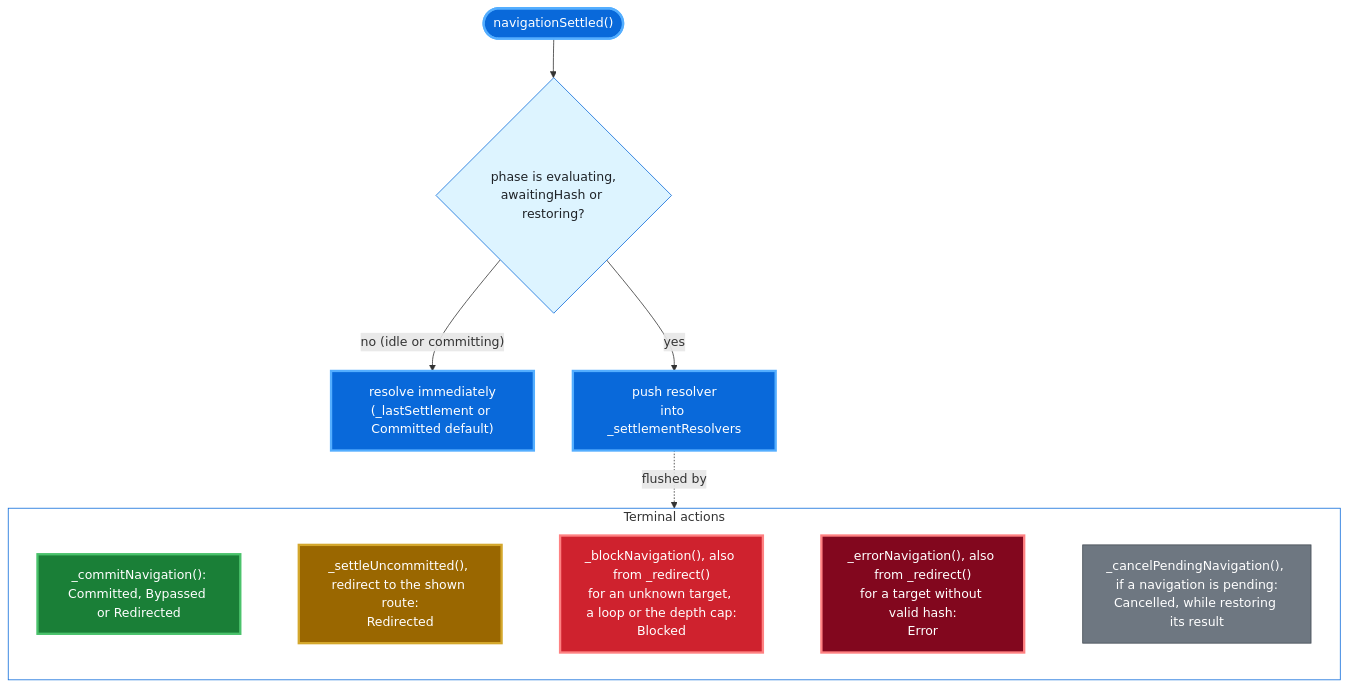
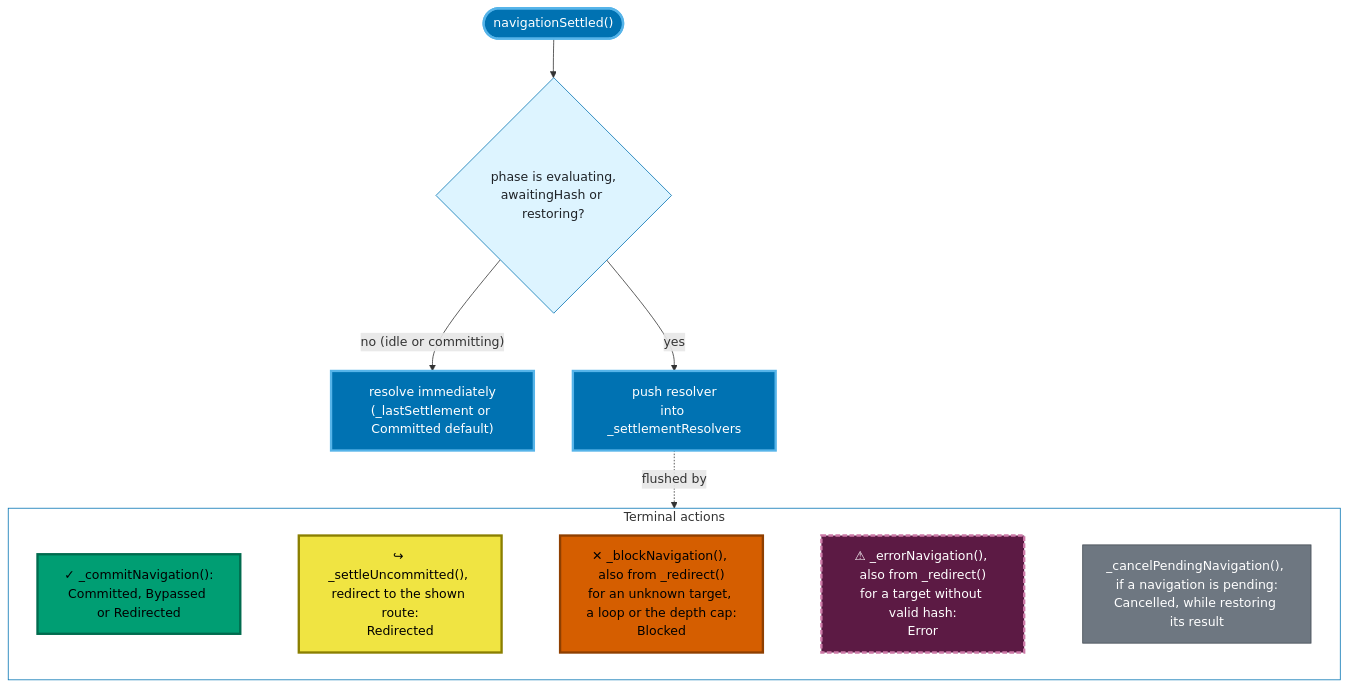
The seventh of 12 diagrams in docs/reference/architecture.md (wridgeu/ui5-lib-guard-router), drawn with Mermaid before and after one commit. The commit also changed other lines of this file and 4 other files, not shown here.

First line of the commit message:
docs: take the diagram colours from the Okabe-Ito set and mark each outcome with a symbol

````diff
--- a/docs/reference/architecture.md
+++ b/docs/reference/architecture.md
@@ -767,32 +767,32 @@
 ```mermaid
 flowchart TD
     call(["navigationSettled()"]) --> pending{"phase is evaluating,<br/>awaitingHash or restoring?"}
     pending -- "no (idle or committing)" --> immediate["resolve immediately<br/>(_lastSettlement or Committed default)"]
     pending -- "yes" --> push["push resolver<br/>into _settlementResolvers"]
     push -. "flushed by" .-> actions
 
     subgraph actions ["Terminal actions"]
-        commit["_commitNavigation():<br/>Committed, Bypassed or Redirected"]
-        settle["_settleUncommitted(), redirect to the shown route:<br/>Redirected"]
-        block["_blockNavigation(), also from _redirect()<br/>for an unknown target, a loop or the depth cap:<br/>Blocked"]
-        errornav["_errorNavigation(), also from _redirect()<br/>for a target without valid hash:<br/>Error"]
+        commit["✓ _commitNavigation():<br/>Committed, Bypassed or Redirected"]
+        settle["↪ _settleUncommitted(), redirect to the shown route:<br/>Redirected"]
+        block["✕ _blockNavigation(), also from _redirect()<br/>for an unknown target, a loop or the depth cap:<br/>Blocked"]
+        errornav["⚠ _errorNavigation(), also from _redirect()<br/>for a target without valid hash:<br/>Error"]
         cancel["_cancelPendingNavigation(), if a navigation is pending:<br/>Cancelled, while restoring its result"]
         commit ~~~ settle ~~~ block ~~~ errornav ~~~ cancel
     end
 
     classDef native fill:#6e7781,stroke:#424a53,color:#ffffff
-    classDef added fill:#0969da,stroke:#54aeff,stroke-width:3px,color:#ffffff
-    classDef decision fill:#ddf4ff,stroke:#0969da,color:#1f2328
-    classDef commit fill:#1a7f37,stroke:#4ac26b,stroke-width:3px,color:#ffffff
-    classDef redirect fill:#9a6700,stroke:#d4a72c,stroke-width:3px,color:#ffffff
-    classDef block fill:#cf222e,stroke:#ff8182,stroke-width:3px,color:#ffffff
-    classDef error fill:#82071e,stroke:#ff8182,stroke-width:3px,color:#ffffff
+    classDef added fill:#0072B2,stroke:#56B4E9,stroke-width:3px,color:#ffffff
+    classDef decision fill:#ddf4ff,stroke:#0072B2,color:#1f2328
+    classDef commit fill:#009E73,stroke:#006b4e,stroke-width:3px,color:#000000
+    classDef redirect fill:#F0E442,stroke:#8a7f00,stroke-width:3px,color:#000000
+    classDef block fill:#D55E00,stroke:#8f3f00,stroke-width:3px,color:#000000
+    classDef error fill:#5c1a44,stroke:#CC79A7,stroke-width:3px,stroke-dasharray:6 3,color:#ffffff
     class cancel native
     class call,immediate,push added
     class pending decision
     class commit commit
     class settle redirect
     class block block
     class errornav error
-    style actions fill:none,stroke:#0969da
+    style actions fill:none,stroke:#0072B2
 ```
````
